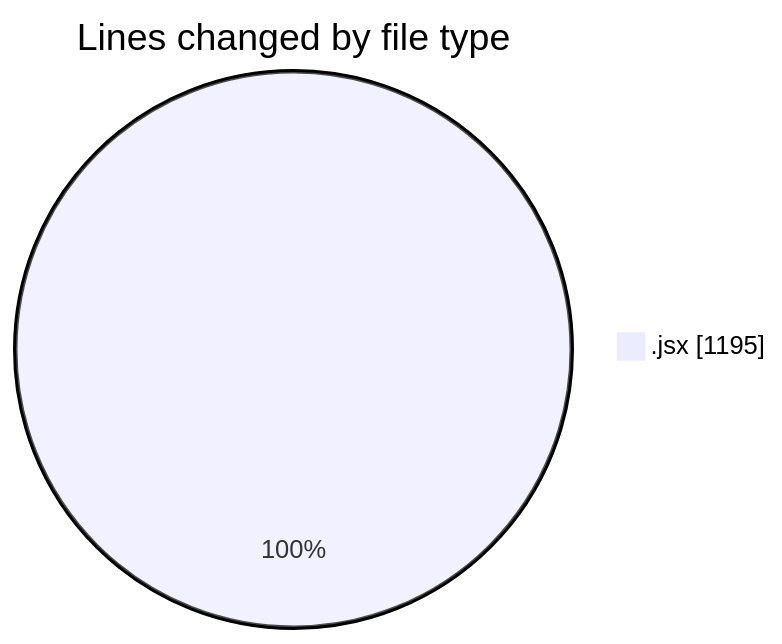
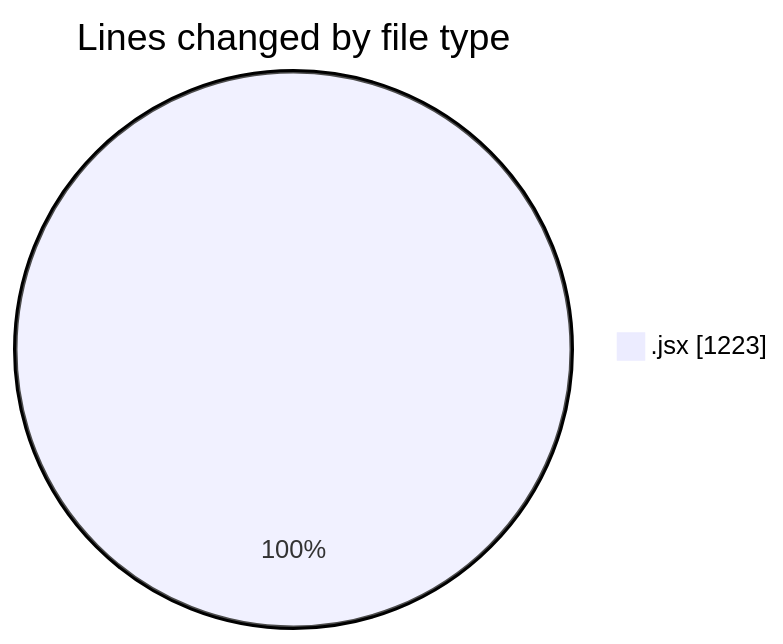
One commit to nxtqubesakshisongat/code-tracking changed the first of 2 diagrams in 2025-05-05/nxtqube_webapp/README.md. Above: the diagram before and after it, drawn with Mermaid. The commit also changed other lines of this file and 1 other file, not shown here.

````diff
--- a/2025-05-05/nxtqube_webapp/README.md
+++ b/2025-05-05/nxtqube_webapp/README.md
@@ -20,5 +20,5 @@
 ```mermaid
 pie showData
 title Lines changed by file type
-".jsx" : 1195
+".jsx" : 1223
 ```
````
